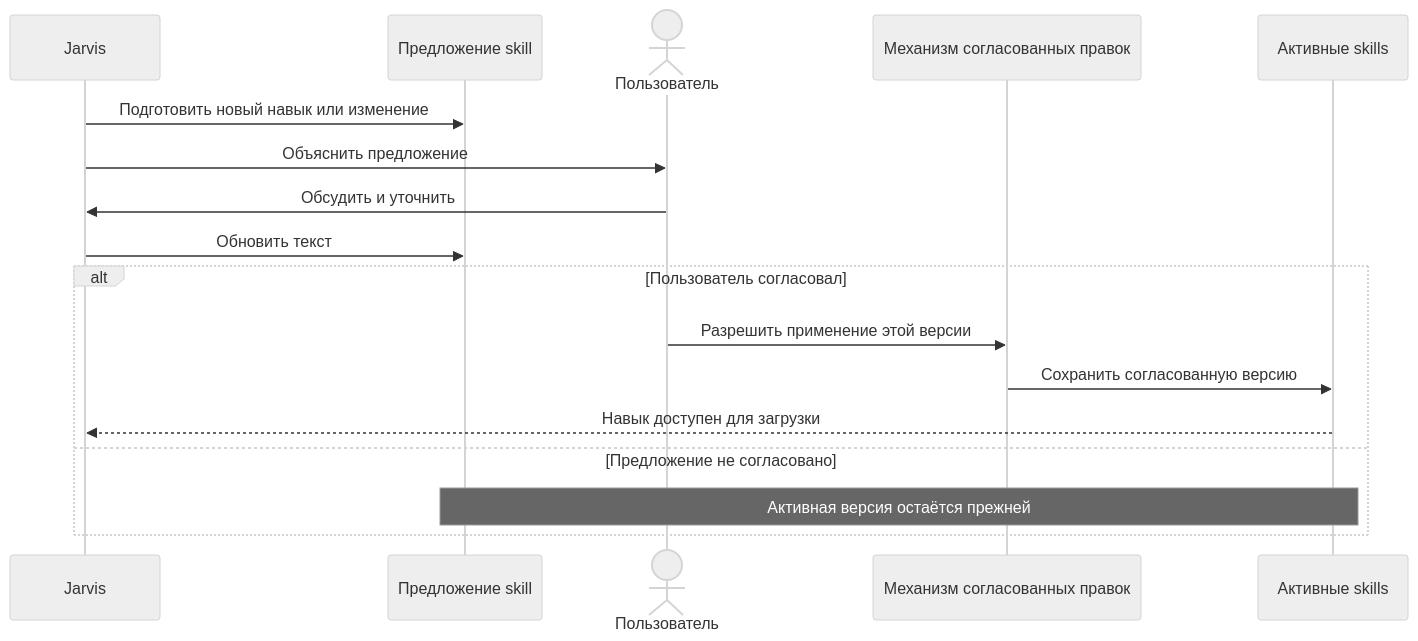
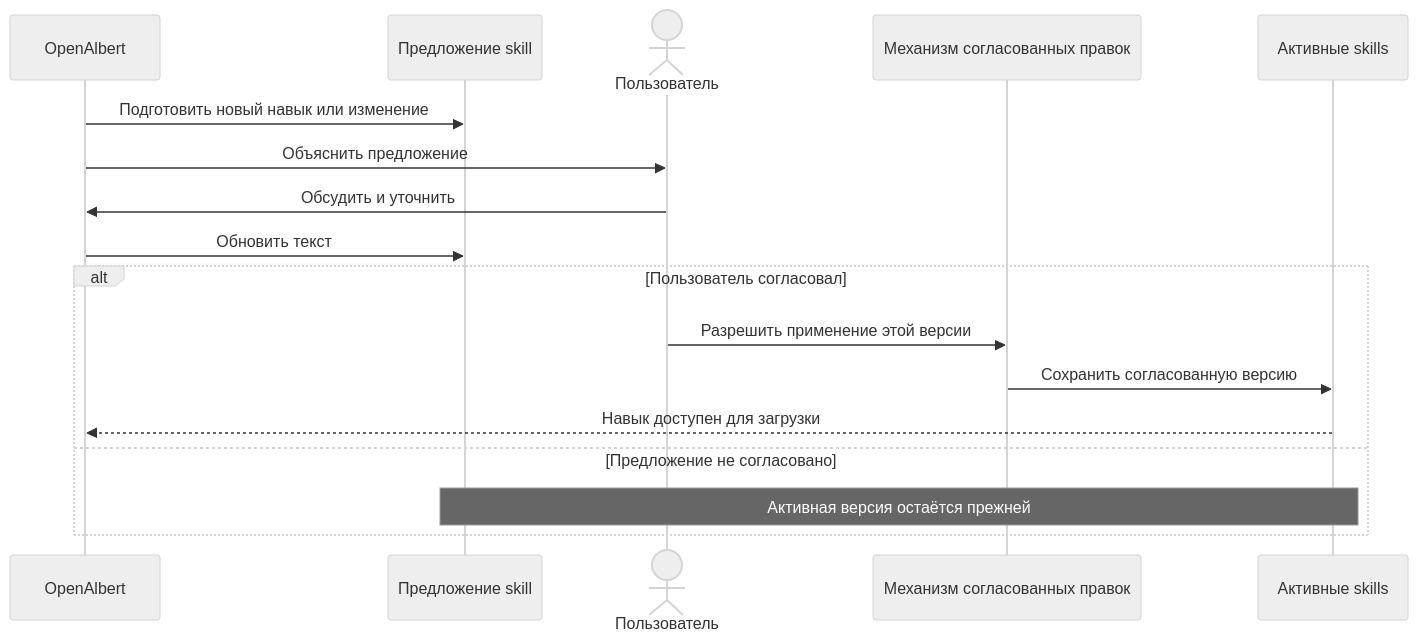
One commit to mishankov/OpenAlbert changed the diagram in docs/diagrams/skill-change.mmd. Above: the diagram before and after it, drawn with Mermaid (neutral theme). The commit also changed 144 other files, not shown here.

Commit message:
Prepare OpenAlbert CI, multi-platform images and deployment

```diff
--- a/docs/diagrams/skill-change.mmd
+++ b/docs/diagrams/skill-change.mmd
@@ -1,19 +1,19 @@
 sequenceDiagram
     accTitle: Совместное изменение навыка
-    accDescr: Jarvis подготавливает предложение, обсуждает его с пользователем и применяет версию только после согласования.
-    participant Agent as Jarvis
+    accDescr: OpenAlbert подготавливает предложение, обсуждает его с пользователем и применяет версию только после согласования.
+    participant Agent as OpenAlbert
     participant Draft as Предложение skill
     actor User as Пользователь
     participant Apply as Механизм согласованных правок
     participant Active as Активные skills
     Agent->>Draft: Подготовить новый навык или изменение
     Agent->>User: Объяснить предложение
     User->>Agent: Обсудить и уточнить
     Agent->>Draft: Обновить текст
     alt Пользователь согласовал
         User->>Apply: Разрешить применение этой версии
         Apply->>Active: Сохранить согласованную версию
         Active-->>Agent: Навык доступен для загрузки
     else Предложение не согласовано
         Note over Draft,Active: Активная версия остаётся прежней
     end
```
